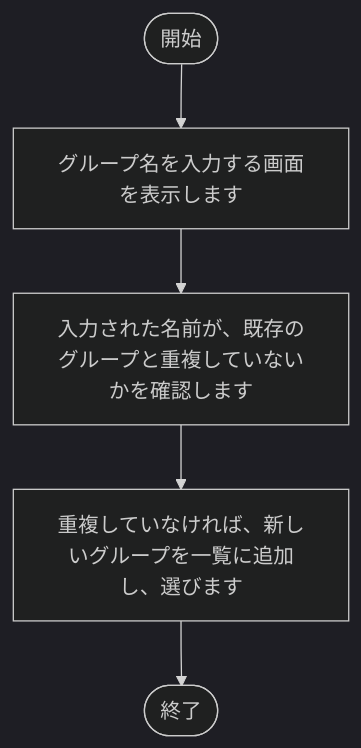
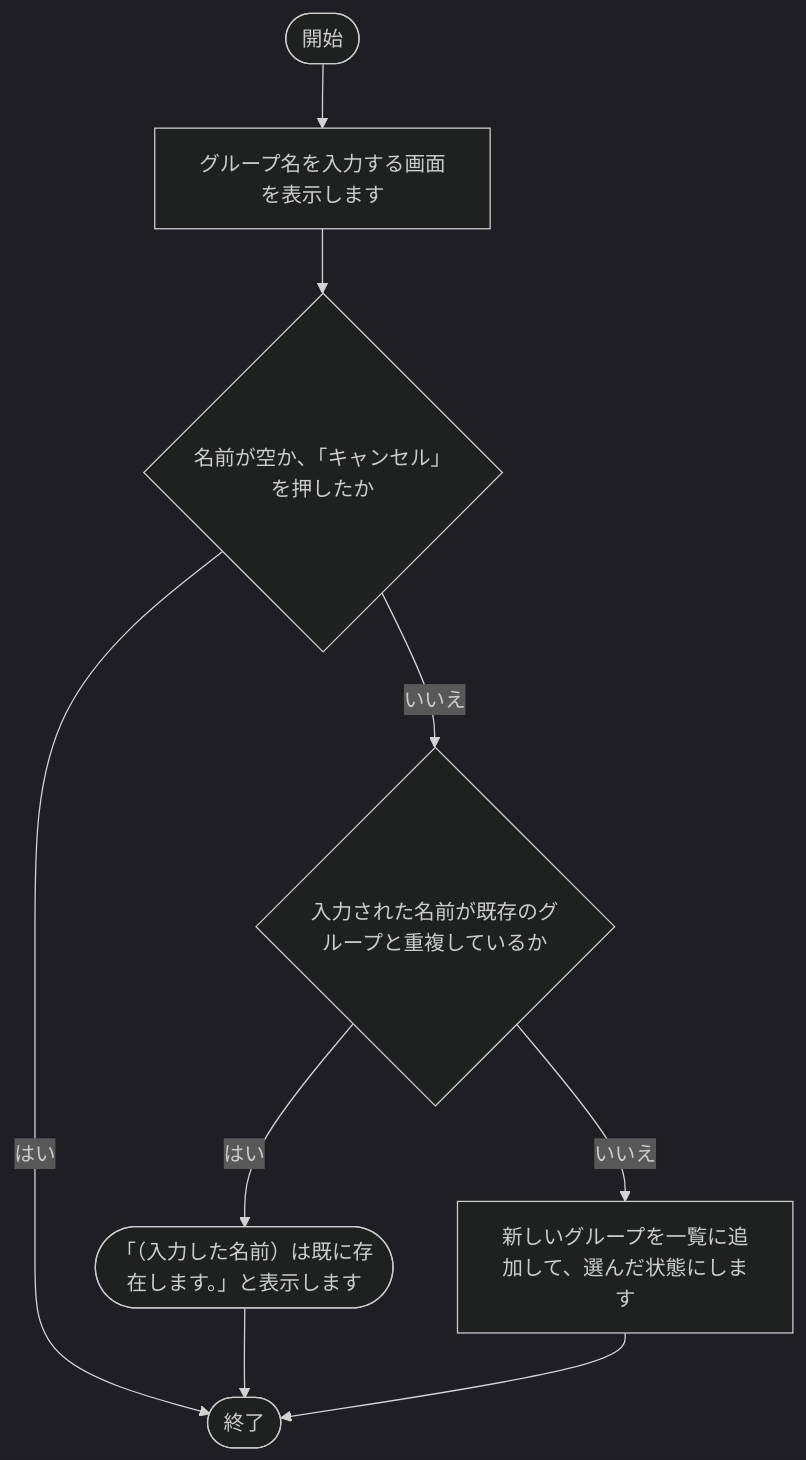
One commit to nishida2073/project_management changed diagram 11 of 16 in tool/kintone-resourse-generator/doc/02_設計/処理フロー.md. Above: the diagram before and after it, drawn with Mermaid (dark theme). The commit also changed other lines of this file and 81 other files, not shown here.

````diff
--- a/tool/kintone-resourse-generator/doc/02_設計/処理フロー.md
+++ b/tool/kintone-resourse-generator/doc/02_設計/処理フロー.md
@@ -333,12 +334,18 @@
 ```mermaid
 flowchart TD
     S(["開始"])
     E(["終了"])
     N1["グループ名を入力する画面を表示します"]
     S --> N1
-    N2["入力された名前が、既存のグループと重複していないかを確認します"]
-    N1 --> N2
-    N3["重複していなければ、新しいグループを一覧に追加し、選びます"]
-    N2 --> N3
+    N0{"名前が空か、「キャンセル」を押したか"}
+    N1 --> N0
+    N0 -- はい --> E
+    N2{"入力された名前が既存のグループと重複しているか"}
+    N0 -- いいえ --> N2
+    X2(["「（入力した名前）は既に存在します。」と表示します"])
+    N2 -- はい --> X2
+    X2 --> E
+    N3["新しいグループを一覧に追加して、選んだ状態にします"]
+    N2 -- いいえ --> N3
     N3 --> E
 ```
````
